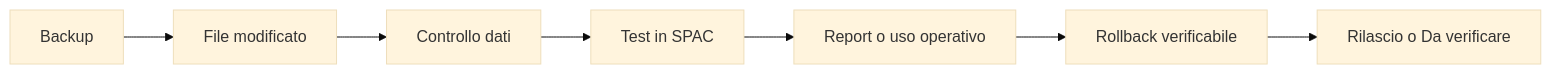
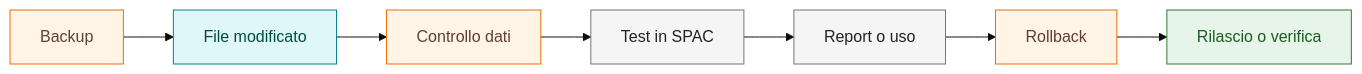
The diagram in docs/26-back-check-controls.md (robertochello/spac-start-knowledge-base), drawn with Mermaid (base theme) before and after one commit. The commit also changed other lines of this file and 27 other files, not shown here.

Commit message:
docs: standardize diagrams and visual cues

````diff
--- a/docs/26-back-check-controls.md
+++ b/docs/26-back-check-controls.md
@@ -29,9 +29,14 @@
 ```mermaid
 flowchart LR
-    A[Backup] --> B[File modificato]
-    B --> C[Controllo dati]
-    C --> D[Test in SPAC]
-    D --> E[Report o uso operativo]
-    E --> F[Rollback verificabile]
-    F --> G[Rilascio o Da verificare]
+    A[Backup]:::warn --> B[File modificato]:::data
+    B --> C[Controllo dati]:::warn
+    C --> D[Test in SPAC]:::process
+    D --> E[Report o uso]:::process
+    E --> F[Rollback]:::warn
+    F --> G[Rilascio o verifica]:::ok
+
+    classDef ok fill:#e6f4ea,stroke:#2e7d32,color:#1b5e20;
+    classDef warn fill:#fff4e5,stroke:#ef6c00,color:#5d4037;
+    classDef data fill:#e0f7fa,stroke:#00838f,color:#004d40;
+    classDef process fill:#f5f5f5,stroke:#757575,color:#212121;
 ```
````
